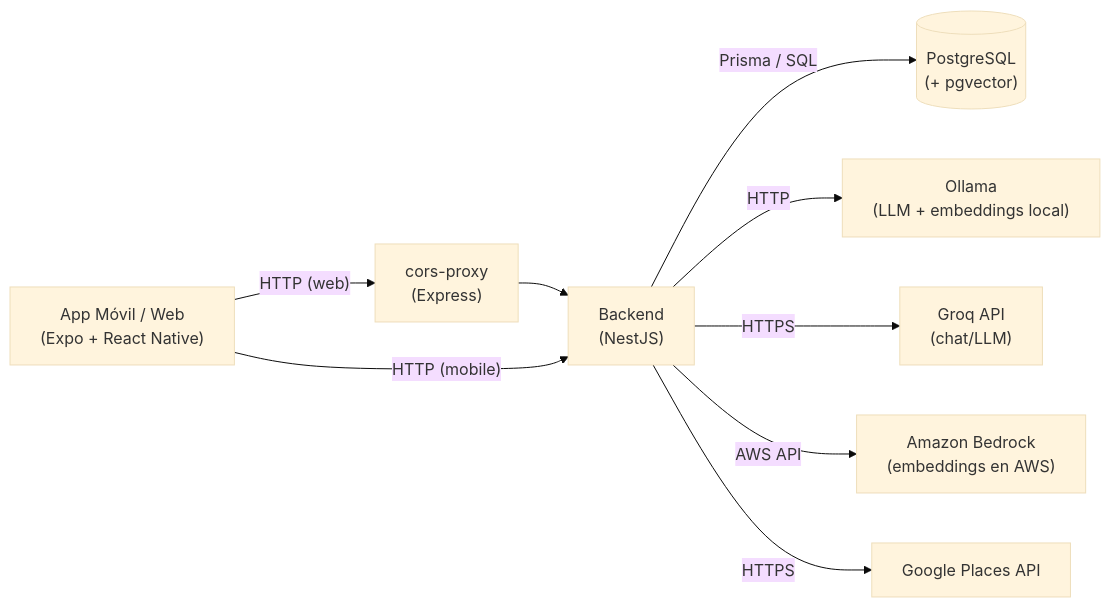
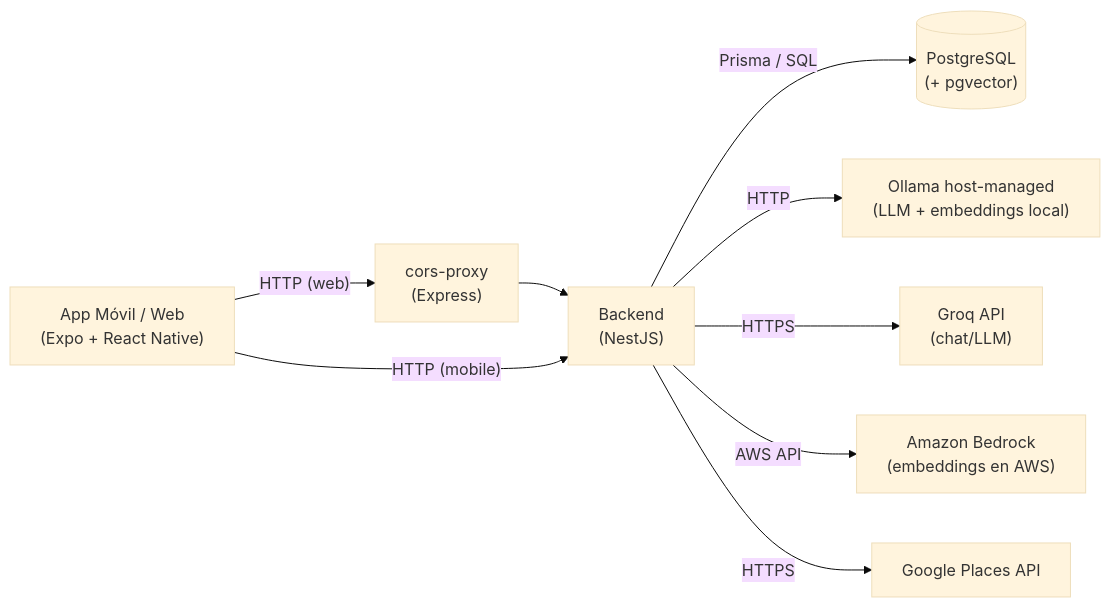
One commit to entity-builders-labs/zig-zag changed the first of 5 diagrams in README.md. Above: the diagram before and after it, drawn with Mermaid (base theme). The commit also changed other lines of this file and 7 other files, not shown here.

Commit message:
chore(dev): make Ollama host-managed only

````diff
--- a/README.md
+++ b/README.md
@@ -54,19 +54,19 @@
 ```mermaid
 flowchart LR
     FE["App Móvil / Web<br/>(Expo + React Native)"]
     CORS["cors-proxy<br/>(Express)"]
     BE["Backend<br/>(NestJS)"]
     PG[("PostgreSQL<br/>(+ pgvector)")]
-    OLLAMA["Ollama<br/>(LLM + embeddings local)"]
+    OLLAMA["Ollama host-managed<br/>(LLM + embeddings local)"]
     GROQ["Groq API<br/>(chat/LLM)"]
     BEDROCK["Amazon Bedrock<br/>(embeddings en AWS)"]
     GMAPS["Google Places API"]
 
     FE -- "HTTP (web)" --> CORS --> BE
     FE -- "HTTP (mobile)" --> BE
     BE -- "Prisma / SQL" --> PG
     BE -- "HTTP" --> OLLAMA
     BE -- "HTTPS" --> GROQ
     BE -- "AWS API" --> BEDROCK
     BE -- "HTTPS" --> GMAPS
 ```
````
